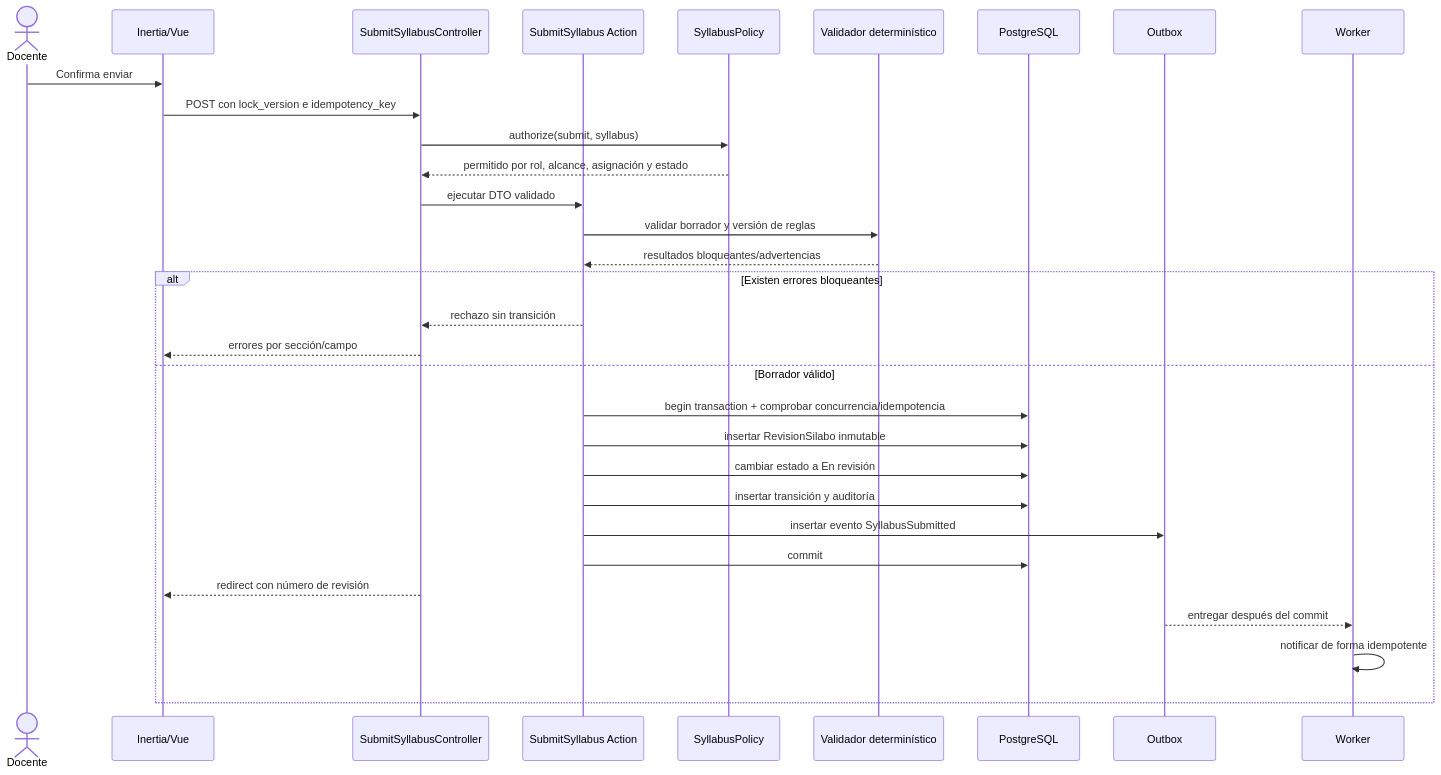
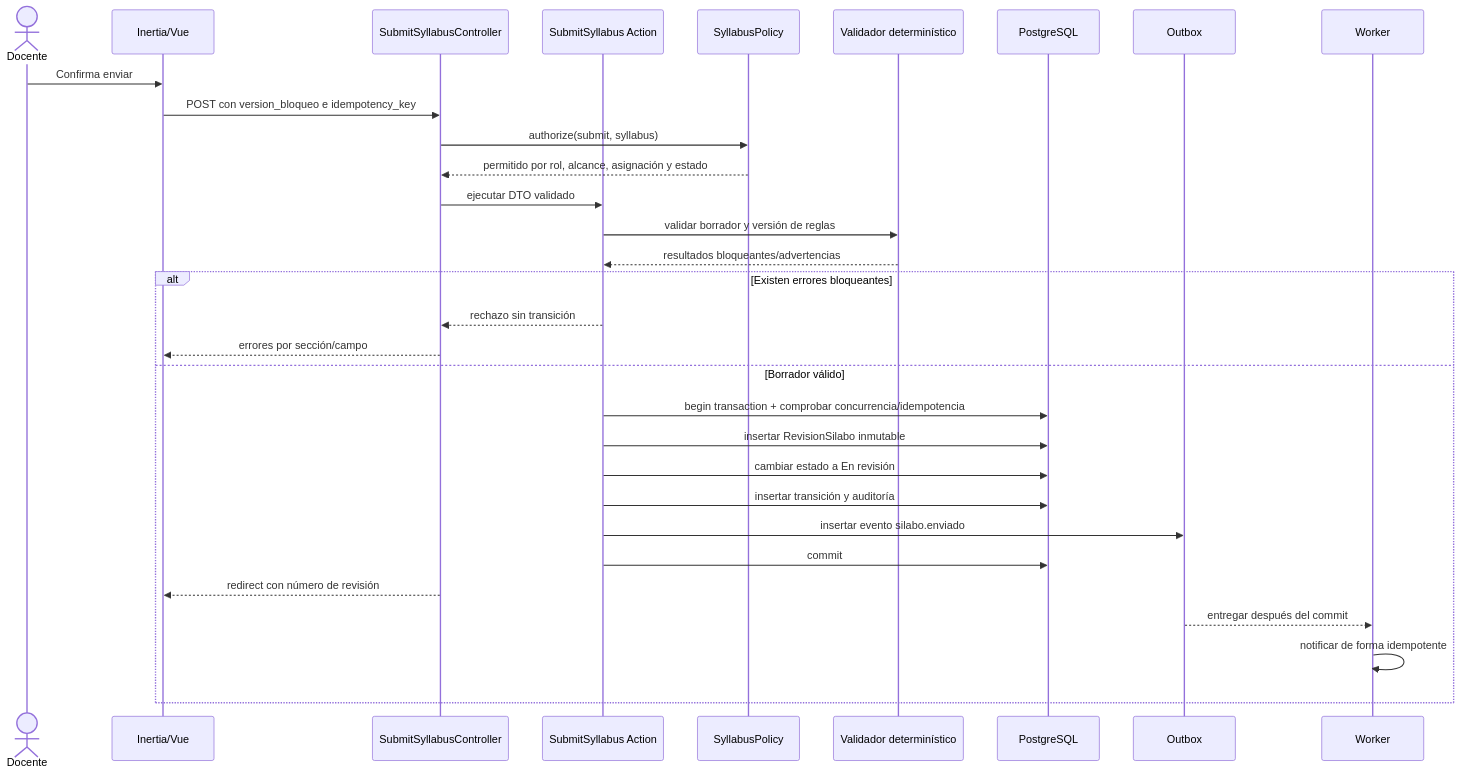
Before and after one commit to Giossue/proyecto-grado-silabos: the first of 6 diagrams in docs/architecture/sequences.md, drawn with Mermaid. The commit also changed other lines of this file and 267 other files, not shown here.

````diff
--- a/docs/architecture/sequences.md
+++ b/docs/architecture/sequences.md
@@ -9,34 +9,34 @@
 ```mermaid
 sequenceDiagram
     actor D as Docente
     participant UI as Inertia/Vue
     participant C as SubmitSyllabusController
     participant A as SubmitSyllabus Action
     participant P as SyllabusPolicy
     participant V as Validador determinístico
     participant DB as PostgreSQL
     participant O as Outbox
     participant W as Worker
 
     D->>UI: Confirma enviar
-    UI->>C: POST con lock_version e idempotency_key
+    UI->>C: POST con version_bloqueo e idempotency_key
     C->>P: authorize(submit, syllabus)
     P-->>C: permitido por rol, alcance, asignación y estado
     C->>A: ejecutar DTO validado
     A->>V: validar borrador y versión de reglas
     V-->>A: resultados bloqueantes/advertencias
     alt Existen errores bloqueantes
         A-->>C: rechazo sin transición
         C-->>UI: errores por sección/campo
     else Borrador válido
         A->>DB: begin transaction + comprobar concurrencia/idempotencia
         A->>DB: insertar RevisionSilabo inmutable
         A->>DB: cambiar estado a En revisión
         A->>DB: insertar transición y auditoría
-        A->>O: insertar evento SyllabusSubmitted
+        A->>O: insertar evento silabo.enviado
         A->>DB: commit
         C-->>UI: redirect con número de revisión
         O-->>W: entregar después del commit
         W->>W: notificar de forma idempotente
     end
 ```
````
